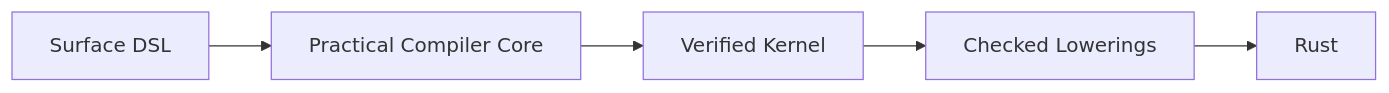
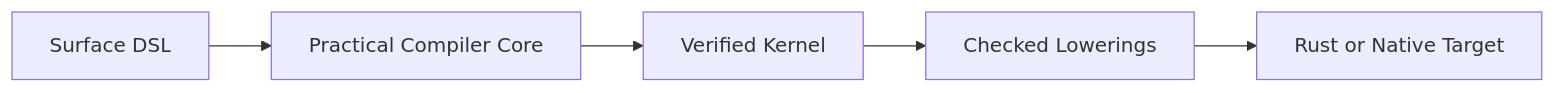
One commit to Tuee22/effectful changed diagram 22 of 24 in documents/dsl/dsl_compiler_morphology.md. Above: the diagram before and after it, drawn with Mermaid. The commit also changed other lines of this file and 8 other files, not shown here.

````diff
--- a/documents/dsl/dsl_compiler_morphology.md
+++ b/documents/dsl/dsl_compiler_morphology.md
@@ -1200,7 +1317,7 @@
 ```mermaid
 flowchart LR
     A[Surface DSL] --> B[Practical Compiler Core]
     B --> C[Verified Kernel]
     C --> D[Checked Lowerings]
-    D --> E[Rust]
+    D --> E[Rust or Native Target]
 ```
````
